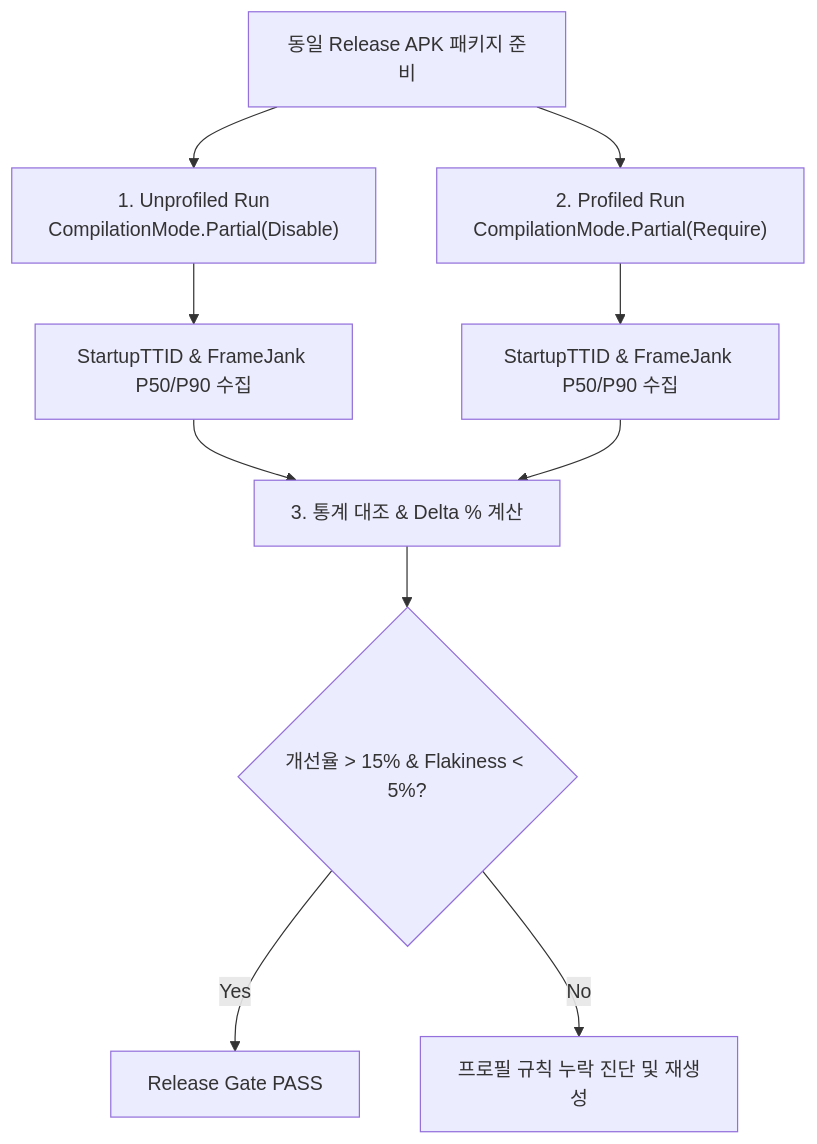
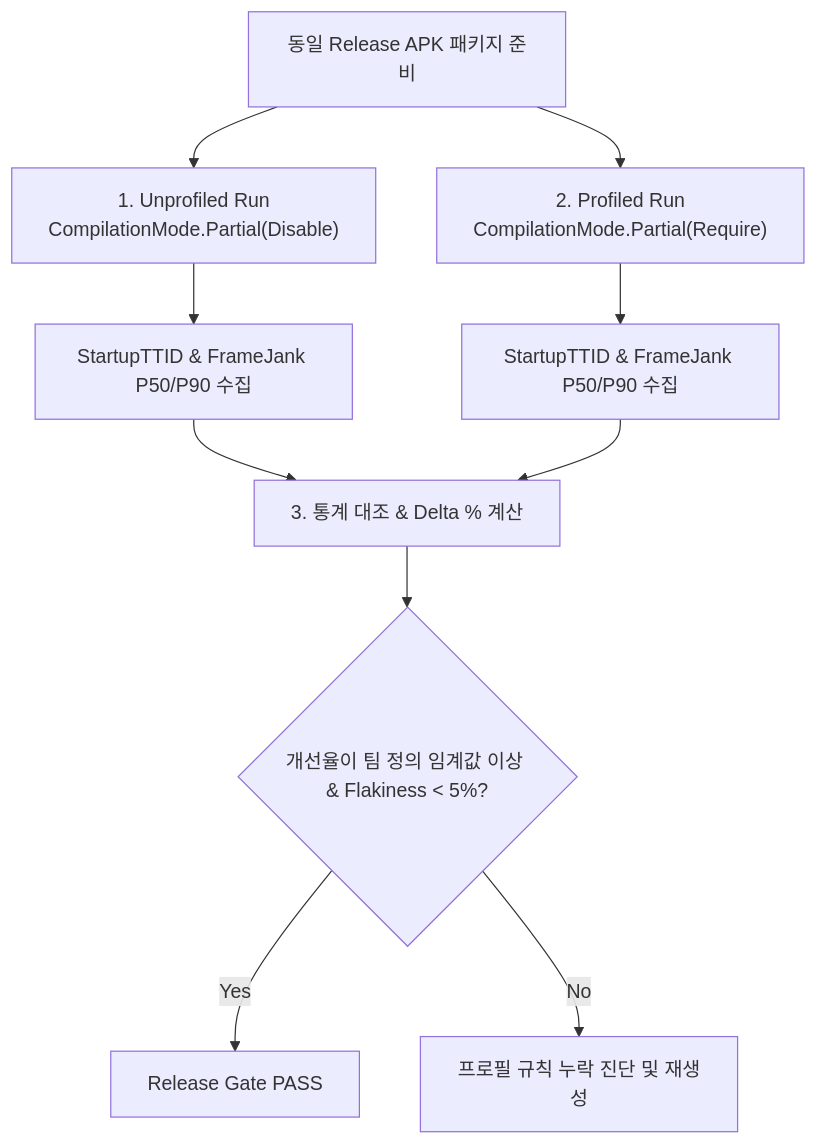
The diagram in 01_inbox/mobile/android/06_testing_performance/performance/benchmark-baseline-contracts/baseline-profile-verification-compares-profiled-and-unprofiled-performance.md (youngmin-gwon/what-i-studied), drawn with Mermaid before and after one commit. The commit also changed other lines of this file and 205 other files, not shown here.

````diff
--- a/01_inbox/mobile/android/06_testing_performance/performance/benchmark-baseline-contracts/baseline-profile-verification-compares-profiled-and-unprofiled-performance.md
+++ b/01_inbox/mobile/android/06_testing_performance/performance/benchmark-baseline-contracts/baseline-profile-verification-compares-profiled-and-unprofiled-performance.md
@@ -28,16 +28,16 @@
 ```mermaid
 flowchart TD
     Build["동일 Release APK 패키지 준비"]
     
     Build --> RunUnprofiled["1. Unprofiled Run<br/>CompilationMode.Partial(Disable)"]
     Build --> RunProfiled["2. Profiled Run<br/>CompilationMode.Partial(Require)"]
 
     RunUnprofiled --> CollectA["StartupTTID & FrameJank P50/P90 수집"]
     RunProfiled --> CollectB["StartupTTID & FrameJank P50/P90 수집"]
 
     CollectA --> Compare["3. 통계 대조 & Delta % 계산"]
     CollectB --> Compare
-    Compare --> Decision{"개선율 > 15% & Flakiness < 5%?"}
+    Compare --> Decision{"개선율이 팀 정의 임계값 이상 & Flakiness < 5%?"}
     Decision -->|Yes| GatePass["Release Gate PASS"]
     Decision -->|No| ProfileRegenerate["프로필 규칙 누락 진단 및 재생성"]
 ```
````
